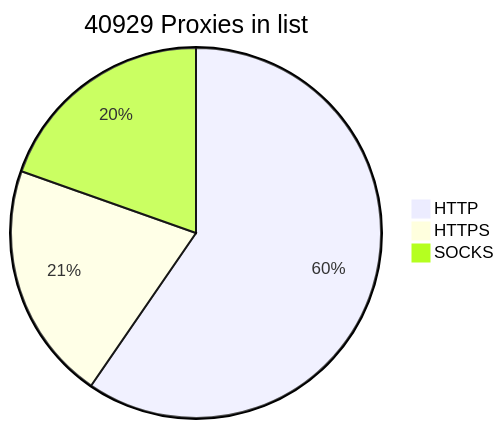
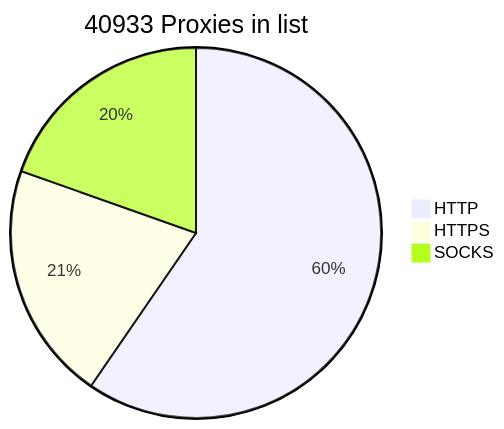
The diagram in README.md (BlackSnowDot/proxylist-update-every-minute), drawn with Mermaid before and after one commit.

````diff
--- a/README.md
+++ b/README.md
@@ -2,6 +2,6 @@
 ```mermaid
-pie title 40929 Proxies in list
-    "HTTP" : 28360
-    "HTTPS": 9915
+pie title 40933 Proxies in list
+    "HTTP" : 28361
+    "HTTPS": 9918
     "SOCKS" : 9324
 ```
````
